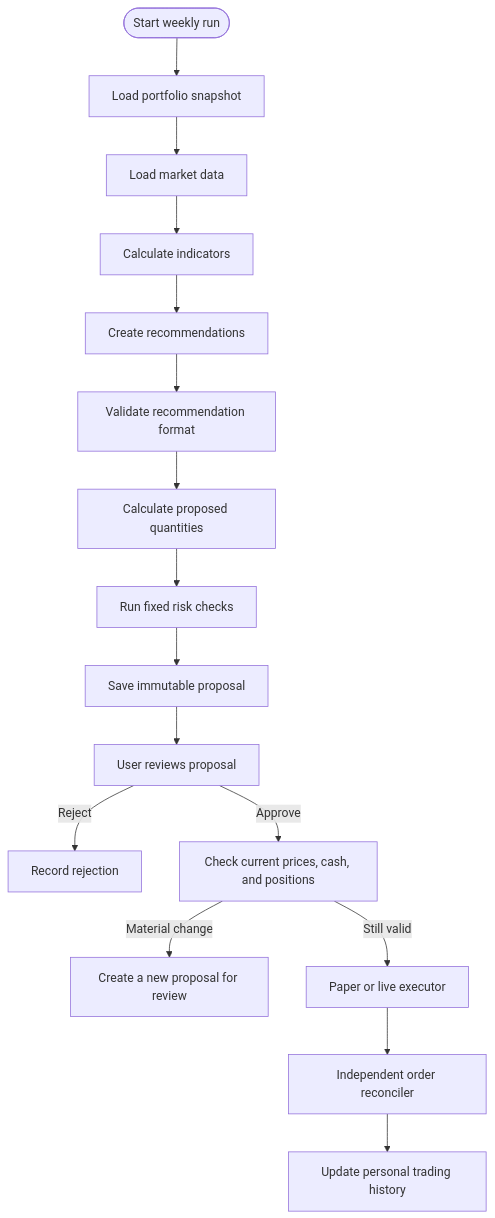
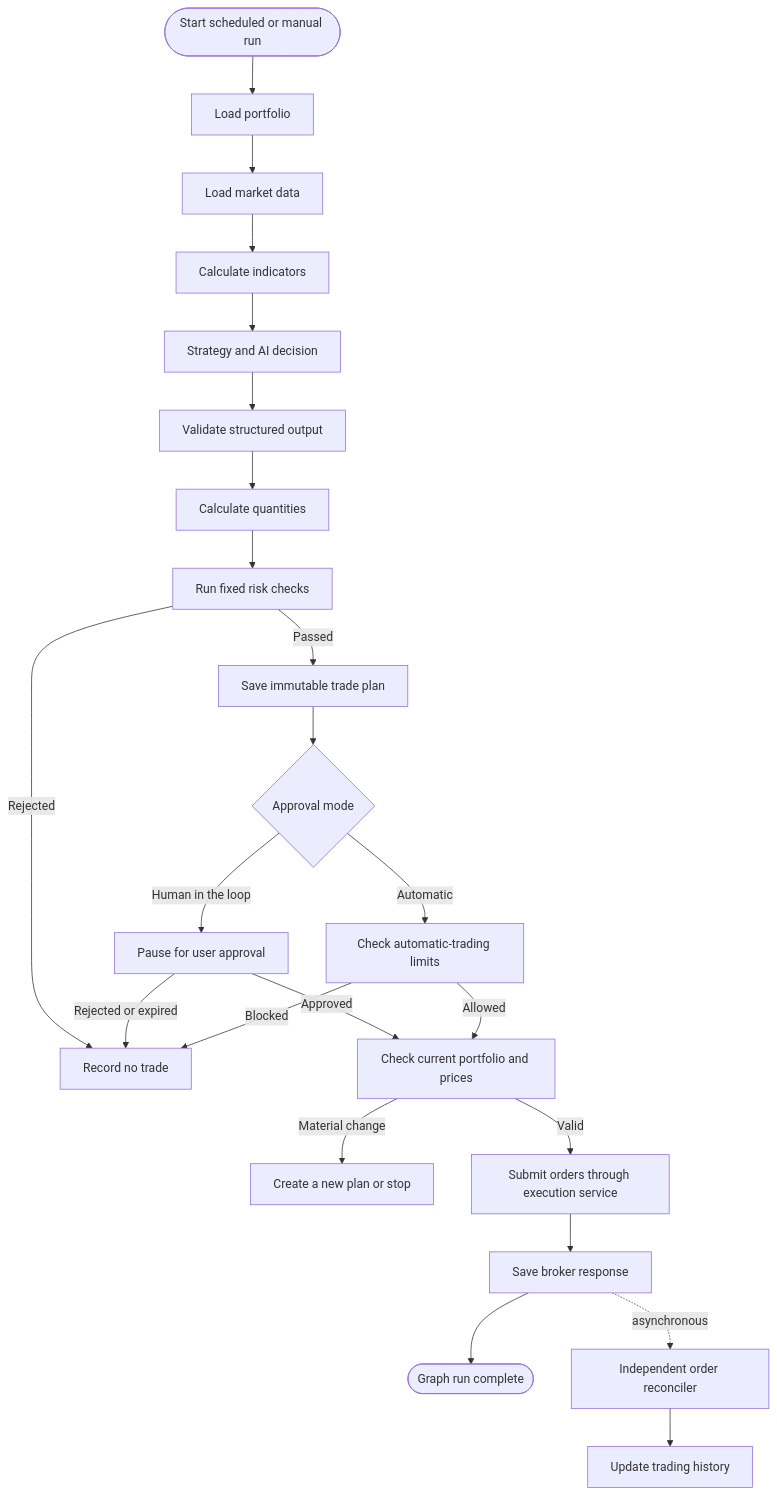
The second of 4 diagrams in README.md (joseluismuzikant/ia-trading-broker), drawn with Mermaid before and after one commit. The commit also changed other lines of this file, not shown here.

````diff
--- a/README.md
+++ b/README.md
@@ -114,18 +123,29 @@
 ```mermaid README.md
 flowchart TD
-    START([Start weekly run]) --> PORT[Load portfolio snapshot]
+    START([Start scheduled or manual run]) --> PORT[Load portfolio]
     PORT --> MARKET[Load market data]
     MARKET --> FEATURES[Calculate indicators]
-    FEATURES --> STRATEGY[Create recommendations]
-    STRATEGY --> VALIDATE[Validate recommendation format]
-    VALIDATE --> SIZE[Calculate proposed quantities]
+    FEATURES --> STRATEGY[Strategy and AI decision]
+    STRATEGY --> VALIDATE[Validate structured output]
+    VALIDATE --> SIZE[Calculate quantities]
     SIZE --> RISK[Run fixed risk checks]
-    RISK --> SAVE[Save immutable proposal]
-    SAVE --> REVIEW[User reviews proposal]
-    REVIEW -->|Reject| REJECTED[Record rejection]
-    REVIEW -->|Approve| RECHECK[Check current prices, cash, and positions]
-    RECHECK -->|Material change| NEW[Create a new proposal for review]
-    RECHECK -->|Still valid| EXECUTE[Paper or live executor]
-    EXECUTE --> RECONCILE[Independent order reconciler]
-    RECONCILE --> HISTORY[Update personal trading history]
+    RISK -->|Rejected| STOP[Record no trade]
+    RISK -->|Passed| SAVE[Save immutable trade plan]
+    SAVE --> MODE{Approval mode}
+
+    MODE -->|Human in the loop| WAIT[Pause for user approval]
+    WAIT -->|Rejected or expired| STOP
+    WAIT -->|Approved| RECHECK[Check current portfolio and prices]
+
+    MODE -->|Automatic| AUTO[Check automatic-trading limits]
+    AUTO -->|Blocked| STOP
+    AUTO -->|Allowed| RECHECK
+
+    RECHECK -->|Material change| REVIEW[Create a new plan or stop]
+    RECHECK -->|Valid| SUBMIT[Submit orders through execution service]
+    SUBMIT --> RESULT[Save broker response]
+    RESULT --> END([Graph run complete])
+
+    RESULT -. asynchronous .-> RECONCILE[Independent order reconciler]
+    RECONCILE --> HISTORY[Update trading history]
 ```
````
